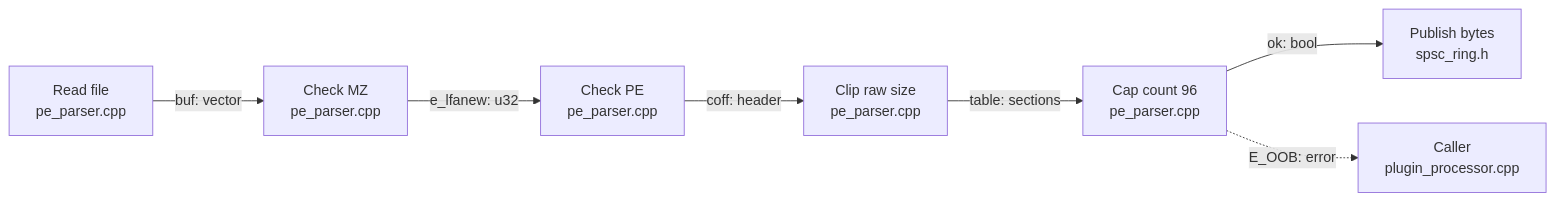
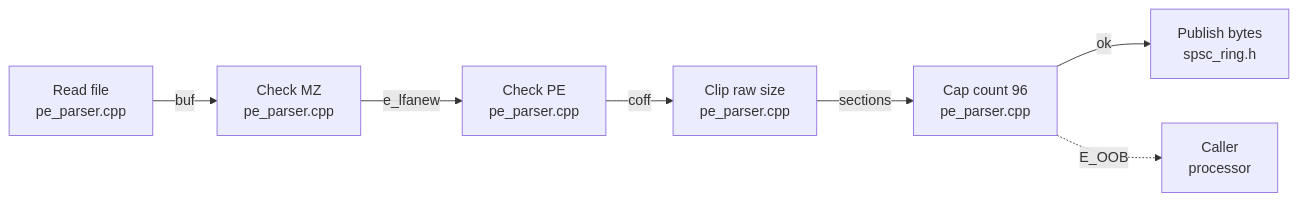
One commit to 9matesu/Catlas changed the diagram in examples/opcoda-pe-pipeline/diagrams/dataflow-l1-pe-parse.mmd. Above: the diagram before and after it, drawn with Mermaid. The commit also changed 10 other files, not shown here.

Commit message:
Catlas: fix label overflow in example diagrams, add label fit rules and lint

```diff
--- a/examples/opcoda-pe-pipeline/diagrams/dataflow-l1-pe-parse.mmd
+++ b/examples/opcoda-pe-pipeline/diagrams/dataflow-l1-pe-parse.mmd
@@ -1,8 +1,8 @@
 flowchart LR
   direction LR
-  R[Read file<br/>pe_parser.cpp] -->|buf: vector| M[Check MZ<br/>pe_parser.cpp]
-  M -->|e_lfanew: u32| C[Check PE<br/>pe_parser.cpp]
-  C -->|coff: header| S[Clip raw size<br/>pe_parser.cpp]
-  S -->|table: sections| V[Cap count 96<br/>pe_parser.cpp]
-  V -->|ok: bool| B[Publish bytes<br/>spsc_ring.h]
-  V -.->|E_OOB: error| E[Caller<br/>plugin_processor.cpp]
+  R[Read file<br/>pe_parser.cpp] -->|buf| M[Check MZ<br/>pe_parser.cpp]
+  M -->|e_lfanew| C[Check PE<br/>pe_parser.cpp]
+  C -->|coff| S[Clip raw size<br/>pe_parser.cpp]
+  S -->|sections| V[Cap count 96<br/>pe_parser.cpp]
+  V -->|ok| B[Publish bytes<br/>spsc_ring.h]
+  V -.->|E_OOB| E[Caller<br/>processor]
```
